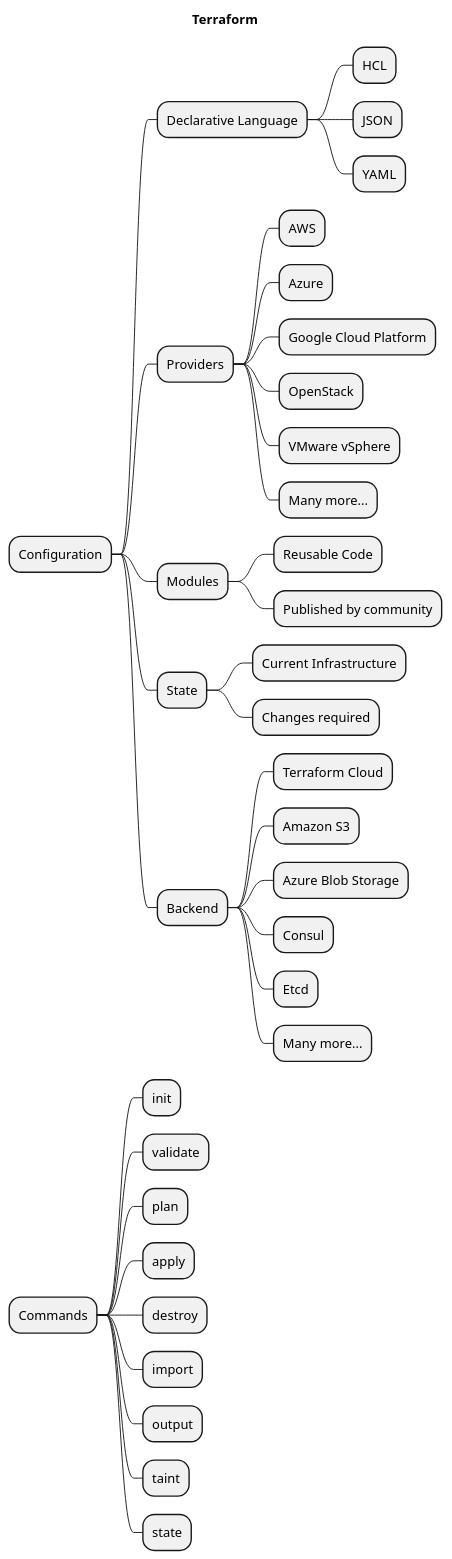
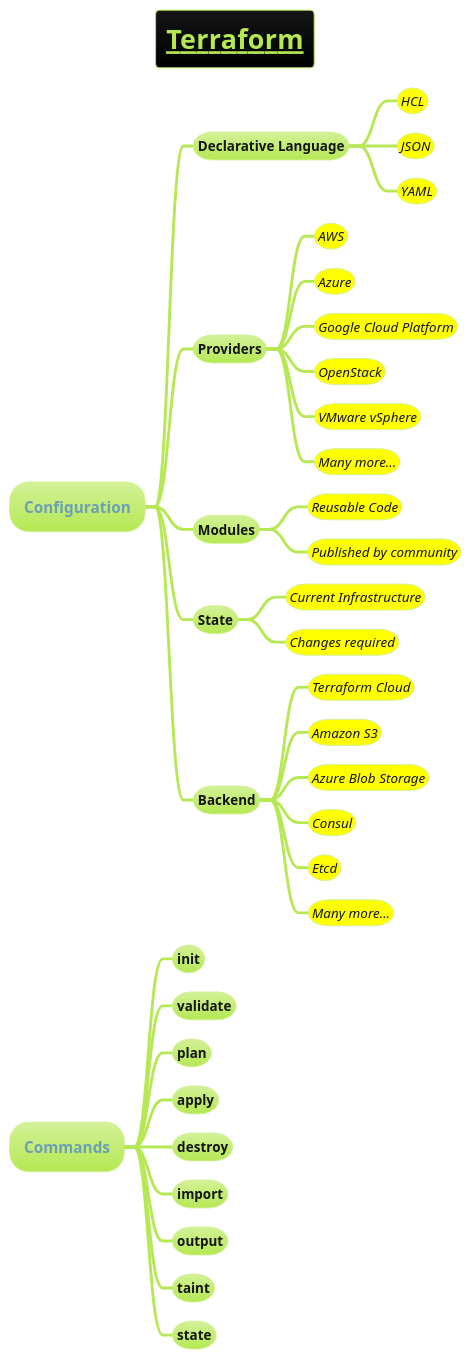
Before and after one commit to MehmoodHashmi/Documentation-as-Code-DaC: the diagram in docs/3-devops/devops-plantuml-mindmap/terraform.puml, drawn with PlantUML. The commit also changed 16 other files, not shown here.

```diff
--- a/docs/3-devops/devops-plantuml-mindmap/terraform.puml
+++ b/docs/3-devops/devops-plantuml-mindmap/terraform.puml
@@ -1,39 +1,40 @@
 @startmindmap
-title Terraform
+title =__Terraform__
+!theme hacker
 
 * Configuration
 ** Declarative Language
-*** HCL
-*** JSON
-*** YAML
+***[#yellow] ====<size:14>HCL
+***[#yellow] ====<size:14>JSON
+***[#yellow] ====<size:14>YAML
 ** Providers
-*** AWS
-*** Azure
-*** Google Cloud Platform
-*** OpenStack
-*** VMware vSphere
-*** Many more...
+***[#yellow] ====<size:14>AWS
+***[#yellow] ====<size:14>Azure
+***[#yellow] ====<size:14>Google Cloud Platform
+***[#yellow] ====<size:14>OpenStack
+***[#yellow] ====<size:14>VMware vSphere
+***[#yellow] ====<size:14>Many more...
 ** Modules
-*** Reusable Code
-*** Published by community
+***[#yellow] ====<size:14>Reusable Code
+***[#yellow] ====<size:14>Published by community
 ** State
-*** Current Infrastructure
-*** Changes required
+***[#yellow] ====<size:14>Current Infrastructure
+***[#yellow] ====<size:14>Changes required
 ** Backend
-*** Terraform Cloud
-*** Amazon S3
-*** Azure Blob Storage
-*** Consul
-*** Etcd
-*** Many more...
+***[#yellow] ====<size:14>Terraform Cloud
+***[#yellow] ====<size:14>Amazon S3
+***[#yellow] ====<size:14>Azure Blob Storage
+***[#yellow] ====<size:14>Consul
+***[#yellow] ====<size:14>Etcd
+***[#yellow] ====<size:14>Many more...
 * Commands
 ** init
 ** validate
 ** plan
 ** apply
 ** destroy
 ** import
 ** output
 ** taint
 ** state
 @endmindmap
```
